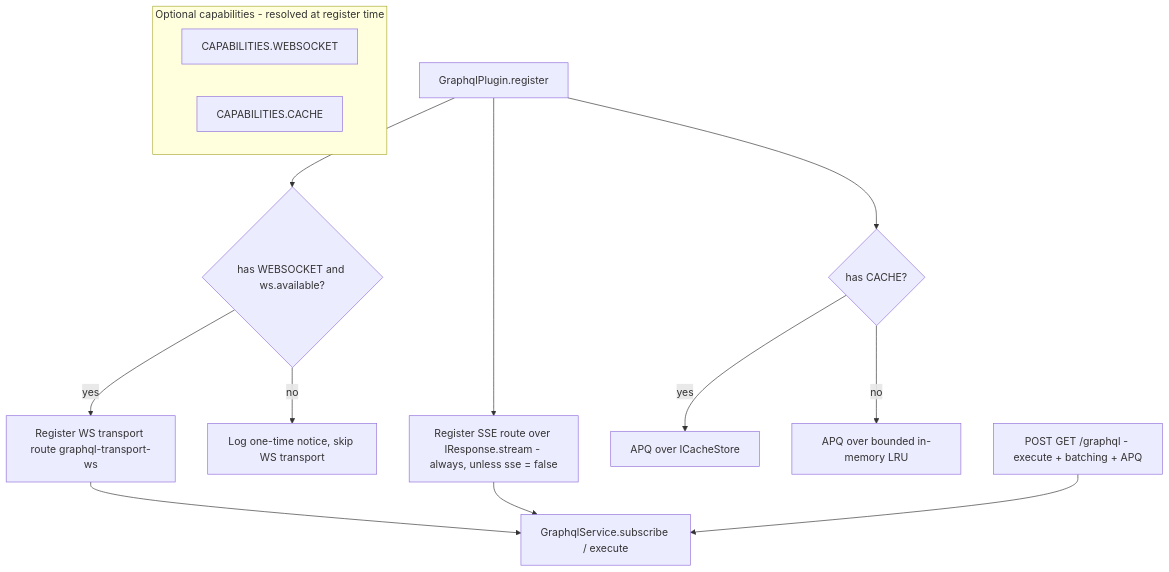
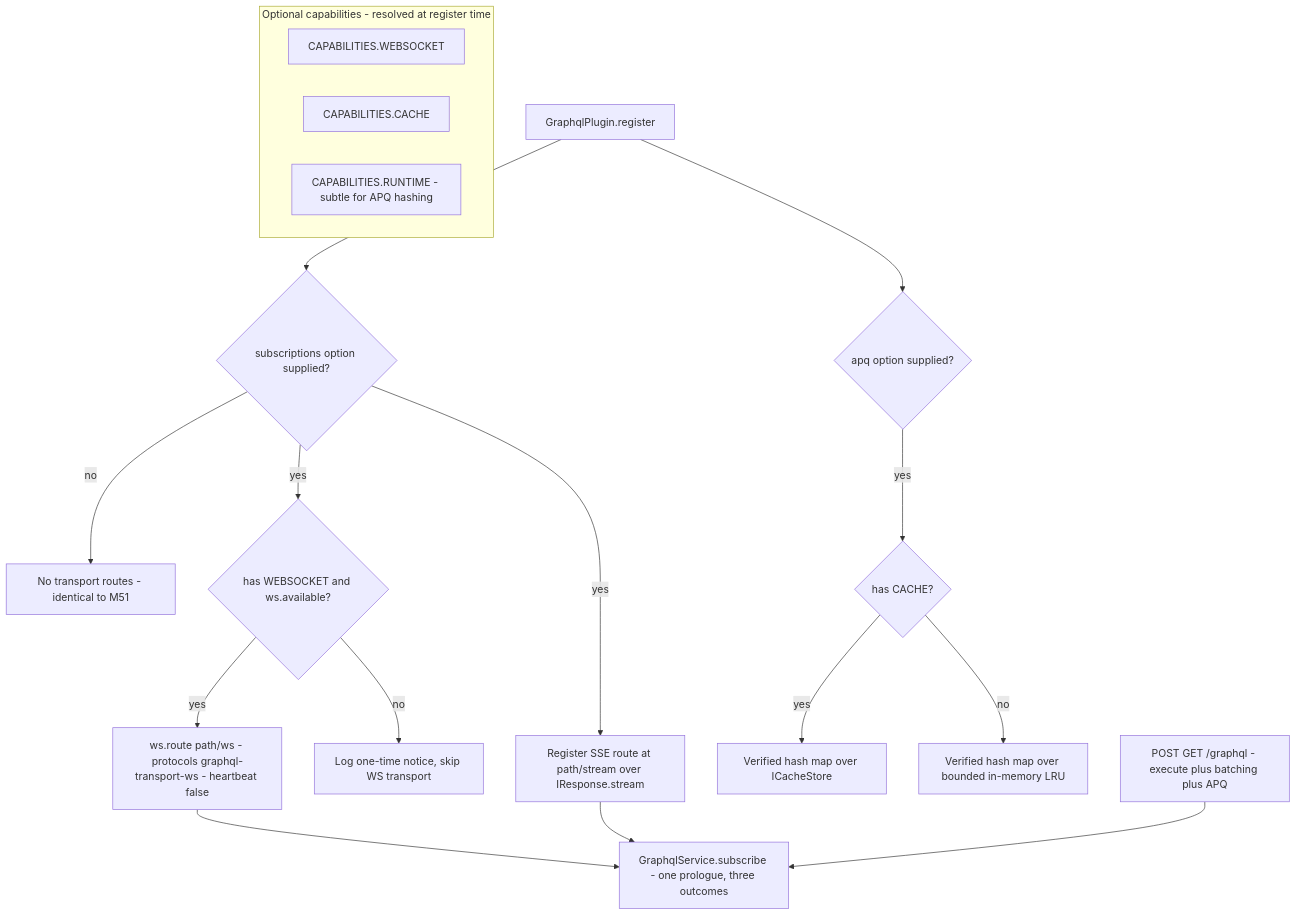
Before and after one commit to setu-ts/setu-ts: the diagram in plans/milestone-51-b-graphql-subscriptions.md, drawn with Mermaid. The commit also changed other lines of this file, not shown here.

First line of the commit message:
plan(milestone-51b): close the transport, context, and APQ seams found in review

````diff
--- a/plans/milestone-51-b-graphql-subscriptions.md
+++ b/plans/milestone-51-b-graphql-subscriptions.md
@@ -119,17 +402,21 @@
 ```mermaid
 flowchart TD
   subgraph opt[Optional capabilities - resolved at register time]
     WS[CAPABILITIES.WEBSOCKET]
     CACHE[CAPABILITIES.CACHE]
+    RT[CAPABILITIES.RUNTIME - subtle for APQ hashing]
   end
-  REG[GraphqlPlugin.register] --> HASWS{has WEBSOCKET and ws.available?}
-  HASWS -- yes --> WSTR[Register WS transport route graphql-transport-ws]
+  REG[GraphqlPlugin.register] --> SUBS{subscriptions option supplied?}
+  SUBS -- no --> ONLYHTTP[No transport routes - identical to M51]
+  SUBS -- yes --> HASWS{has WEBSOCKET and ws.available?}
+  HASWS -- yes --> WSTR[ws.route path/ws - protocols graphql-transport-ws - heartbeat false]
   HASWS -- no --> WSLOG[Log one-time notice, skip WS transport]
-  REG --> SSE[Register SSE route over IResponse.stream - always, unless sse = false]
-  REG --> HASC{has CACHE?}
-  HASC -- yes --> APQC[APQ over ICacheStore]
-  HASC -- no --> APQM[APQ over bounded in-memory LRU]
-  WSTR --> SVC[GraphqlService.subscribe / execute]
+  SUBS -- yes --> SSE[Register SSE route at path/stream over IResponse.stream]
+  REG --> APQ{apq option supplied?}
+  APQ -- yes --> HASC{has CACHE?}
+  HASC -- yes --> APQC[Verified hash map over ICacheStore]
+  HASC -- no --> APQM[Verified hash map over bounded in-memory LRU]
+  WSTR --> SVC[GraphqlService.subscribe - one prologue, three outcomes]
   SSE --> SVC
-  HTTP[POST GET /graphql - execute + batching + APQ] --> SVC
+  HTTP[POST GET /graphql - execute plus batching plus APQ] --> SVC
 ```
````
